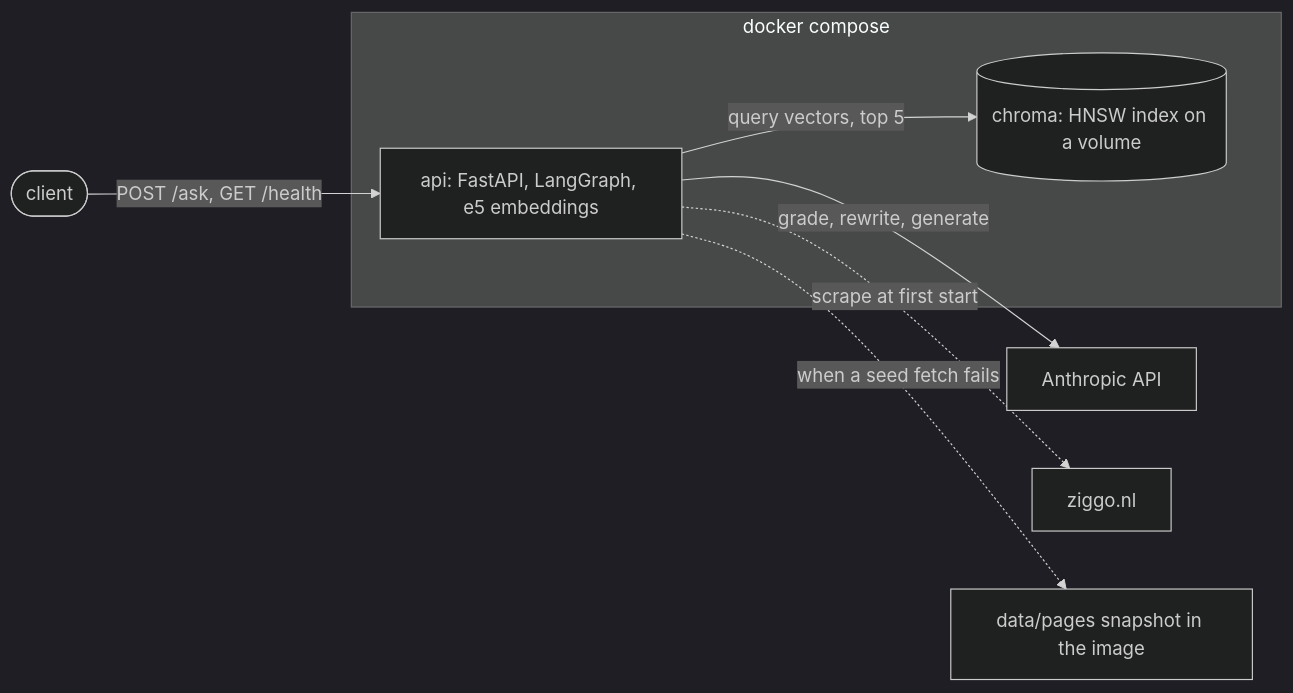
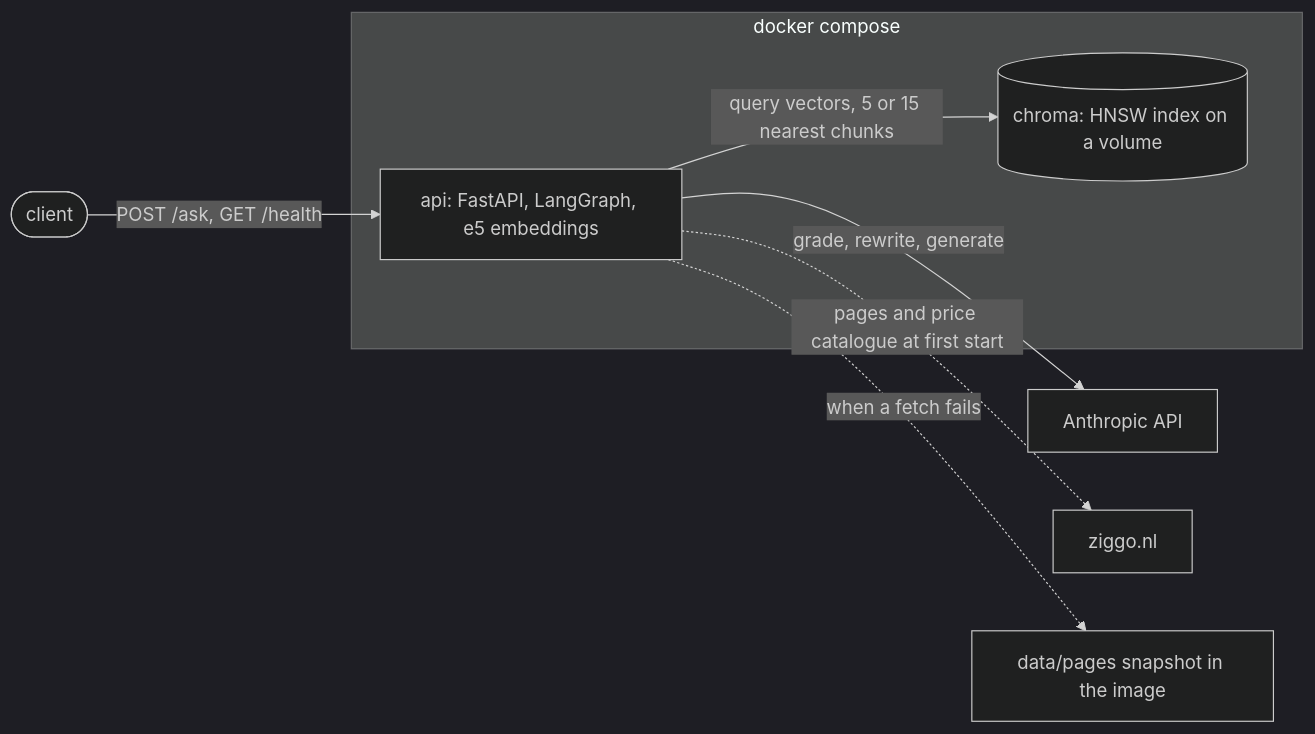
The first of 3 diagrams in README.md (RCdeWit/vfz-assignment), drawn with Mermaid (dark theme) before and after one commit. The commit also changed other lines of this file, not shown here.

First line of the commit message:
docs(readme): point at /docs, drop the key section, update the path and architecture text

````diff
--- a/README.md
+++ b/README.md
@@ -42,12 +34,12 @@
 ```mermaid
 flowchart LR
     client([client]) -- "POST /ask, GET /health" --> api
     subgraph compose["docker compose"]
         api["api: FastAPI, LangGraph, e5 embeddings"]
         chroma[("chroma: HNSW index on a volume")]
     end
-    api -- "query vectors, top 5" --> chroma
+    api -- "query vectors, 5 or 15 nearest chunks" --> chroma
     api -- "grade, rewrite, generate" --> anthropic["Anthropic API"]
-    api -. "scrape at first start" .-> ziggo["ziggo.nl"]
-    api -. "when a seed fetch fails" .-> snapshot["data/pages snapshot in the image"]
+    api -. "pages and price catalogue at first start" .-> ziggo["ziggo.nl"]
+    api -. "when a fetch fails" .-> snapshot["data/pages snapshot in the image"]
 ```
````
